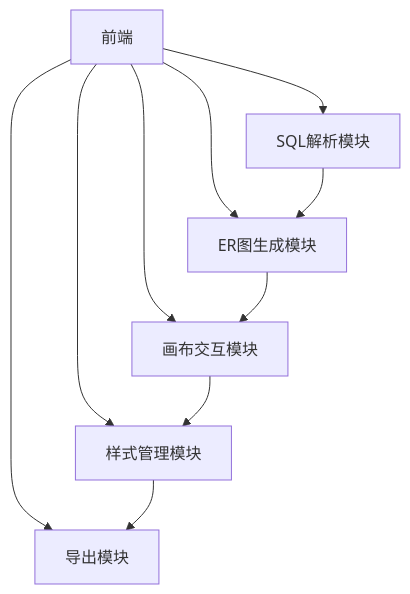
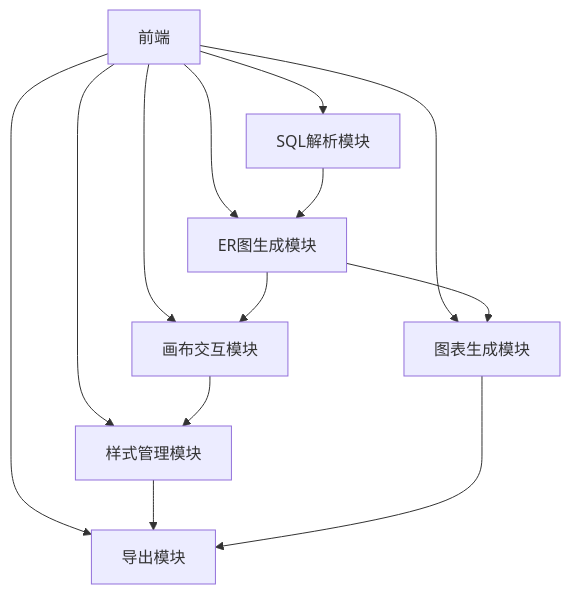
One commit to 2375351829/html-huahua changed the first of 2 diagrams in .trae/documents/技术架构文档.md. Above: the diagram before and after it, drawn with Mermaid. The commit also changed other lines of this file and 1 other file, not shown here.

````diff
--- a/.trae/documents/技术架构文档.md
+++ b/.trae/documents/技术架构文档.md
@@ -2,12 +2,15 @@
 ```mermaid
 flowchart TD
     A[前端] --> B[SQL解析模块]
     A --> C[ER图生成模块]
     A --> D[画布交互模块]
     A --> E[样式管理模块]
     A --> F[导出模块]
+    A --> G[图表生成模块]
     B --> C
     C --> D
     D --> E
     E --> F
+    C --> G
+    G --> F
 ```
````
